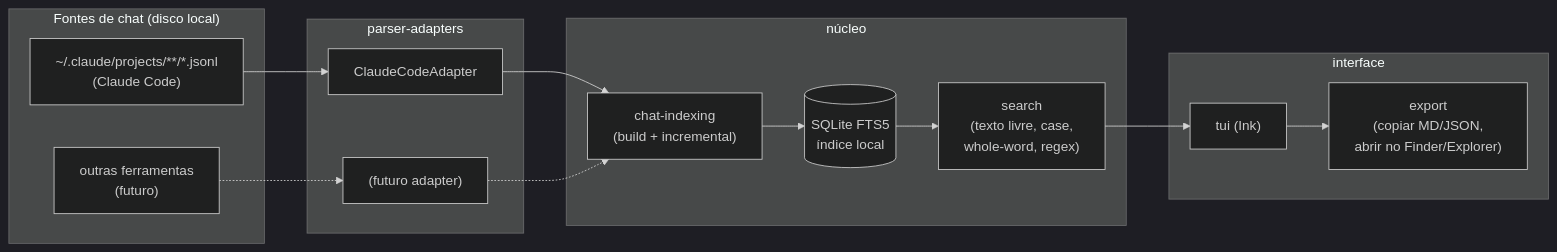
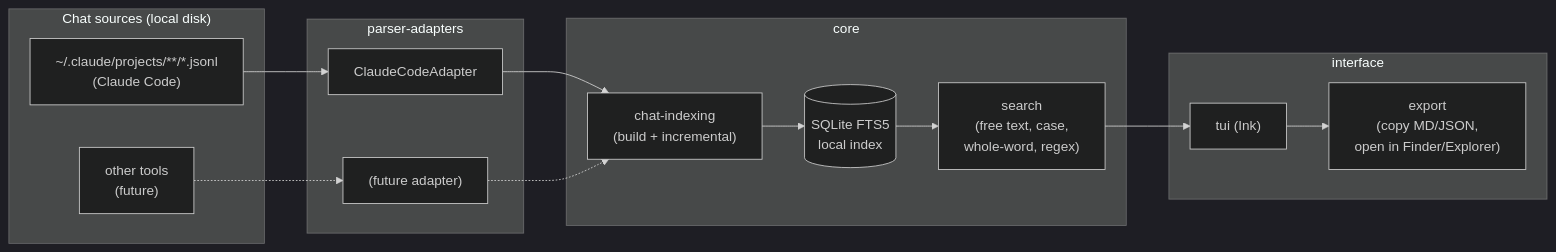
One commit to cloud-henrique/claude-chat-finder changed the diagram in ARCHITECTURE.md. Above: the diagram before and after it, drawn with Mermaid (dark theme). The commit also changed other lines of this file and 7 other files, not shown here.

````diff
--- a/ARCHITECTURE.md
+++ b/ARCHITECTURE.md
@@ -7,32 +7,32 @@
 ```mermaid
 flowchart LR
-    subgraph Fonte["Fontes de chat (disco local)"]
+    subgraph Source["Chat sources (local disk)"]
         CC["~/.claude/projects/**/*.jsonl<br/>(Claude Code)"]
-        Other["outras ferramentas<br/>(futuro)"]
+        Other["other tools<br/>(future)"]
     end
 
     subgraph Adapters["parser-adapters"]
         CCAdapter["ClaudeCodeAdapter"]
-        FutureAdapter["(futuro adapter)"]
+        FutureAdapter["(future adapter)"]
     end
 
-    subgraph Core["núcleo"]
+    subgraph Core["core"]
         Indexer["chat-indexing<br/>(build + incremental)"]
-        DB[("SQLite FTS5<br/>índice local")]
-        Search["search<br/>(texto livre, case,<br/>whole-word, regex)"]
+        DB[("SQLite FTS5<br/>local index")]
+        Search["search<br/>(free text, case,<br/>whole-word, regex)"]
     end
 
     subgraph UI["interface"]
         TUI["tui (Ink)"]
-        Export["export<br/>(copiar MD/JSON,<br/>abrir no Finder/Explorer)"]
+        Export["export<br/>(copy MD/JSON,<br/>open in Finder/Explorer)"]
     end
 
     CC --> CCAdapter
     Other -.-> FutureAdapter
     CCAdapter --> Indexer
     FutureAdapter -.-> Indexer
     Indexer --> DB
     DB --> Search
     Search --> TUI
     TUI --> Export
 ```
````
